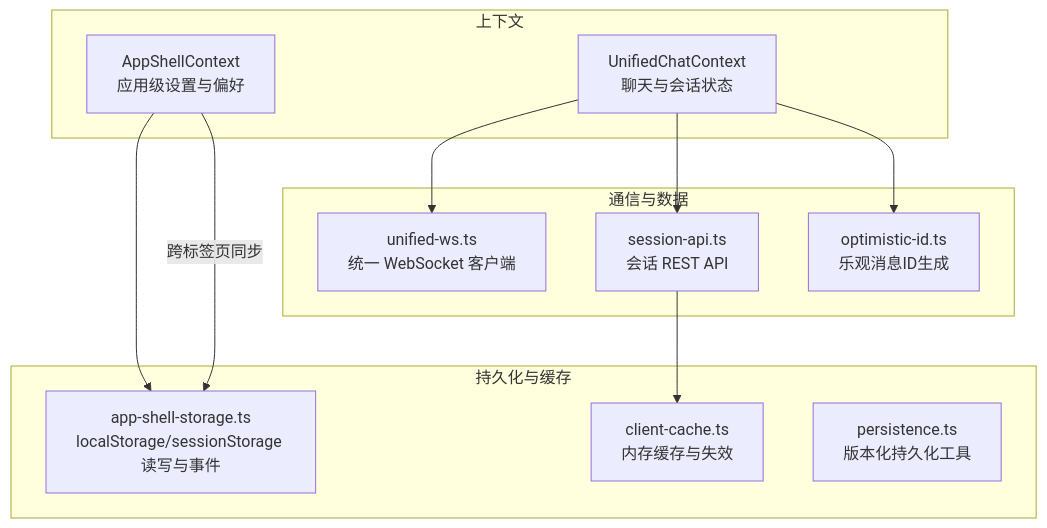
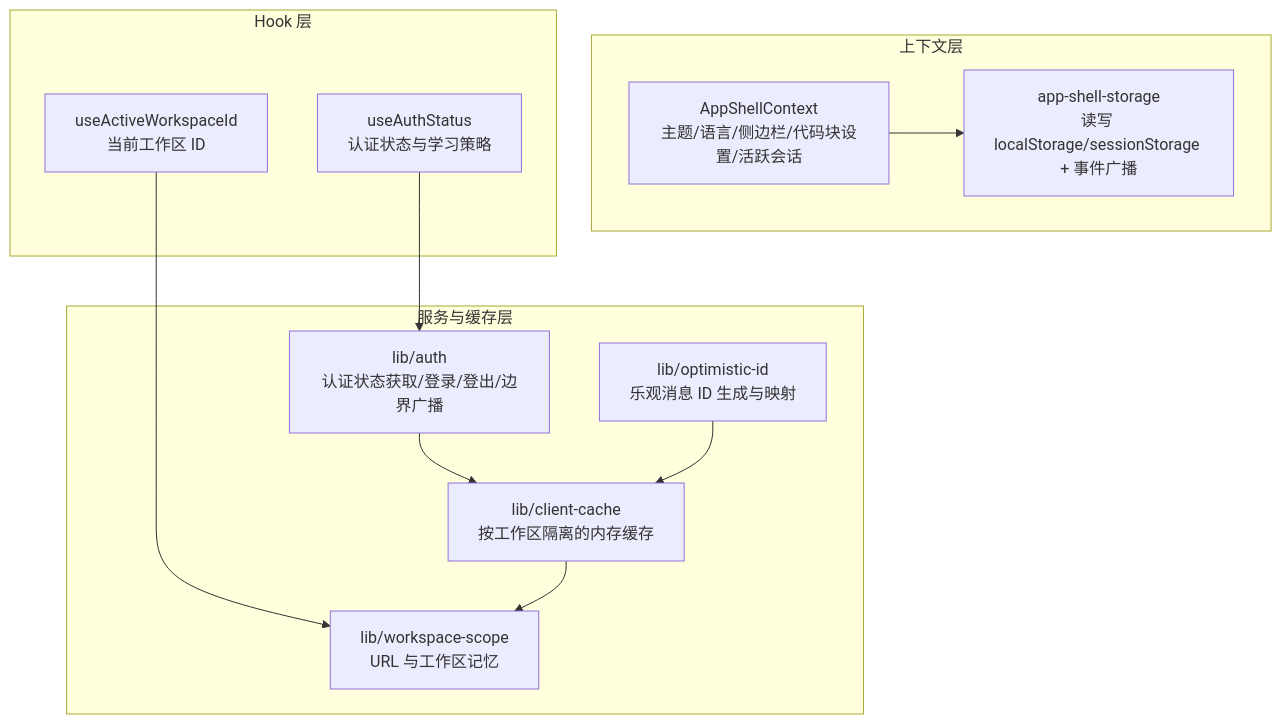
Before and after one commit to gongzili456/DeepTutor: the first of 8 diagrams in .qoder/repowiki/zh/content/前端架构/状态管理.md, drawn with Mermaid. The commit also changed other lines of this file and 1242 other files, not shown here.

````diff
--- a/.qoder/repowiki/zh/content/前端架构/状态管理.md
+++ b/.qoder/repowiki/zh/content/前端架构/状态管理.md
@@ -38,23 +45,23 @@
 ```mermaid
 graph TB
-subgraph "上下文"
-A["AppShellContext<br/>应用级设置与偏好"]
-B["UnifiedChatContext<br/>聊天与会话状态"]
+subgraph "上下文层"
+AppShell["AppShellContext<br/>主题/语言/侧边栏/代码块设置/活跃会话"]
+Storage["app-shell-storage<br/>读写 localStorage/sessionStorage + 事件广播"]
 end
-subgraph "持久化与缓存"
-C["app-shell-storage.ts<br/>localStorage/sessionStorage 读写与事件"]
-D["client-cache.ts<br/>内存缓存与失效"]
-E["persistence.ts<br/>版本化持久化工具"]
+subgraph "Hook 层"
+AuthHook["useAuthStatus<br/>认证状态与学习策略"]
+WorkspaceHook["useActiveWorkspaceId<br/>当前工作区 ID"]
 end
-subgraph "通信与数据"
-F["unified-ws.ts<br/>统一 WebSocket 客户端"]
-G["session-api.ts<br/>会话 REST API"]
-H["optimistic-id.ts<br/>乐观消息ID生成"]
+subgraph "服务与缓存层"
+AuthLib["lib/auth<br/>认证状态获取/登录/登出/边界广播"]
+ClientCache["lib/client-cache<br/>按工作区隔离的内存缓存"]
+WorkspaceScope["lib/workspace-scope<br/>URL 与工作区记忆"]
+OptimisticId["lib/optimistic-id<br/>乐观消息 ID 生成与映射"]
 end
-A --> C
-B --> F
-B --> G
-B --> H
-G --> D
-A --> |跨标签页同步| C
+AppShell --> Storage
+AuthHook --> AuthLib
+WorkspaceHook --> WorkspaceScope
+AuthLib --> ClientCache
+ClientCache --> WorkspaceScope
+OptimisticId --> ClientCache
 ```
````
